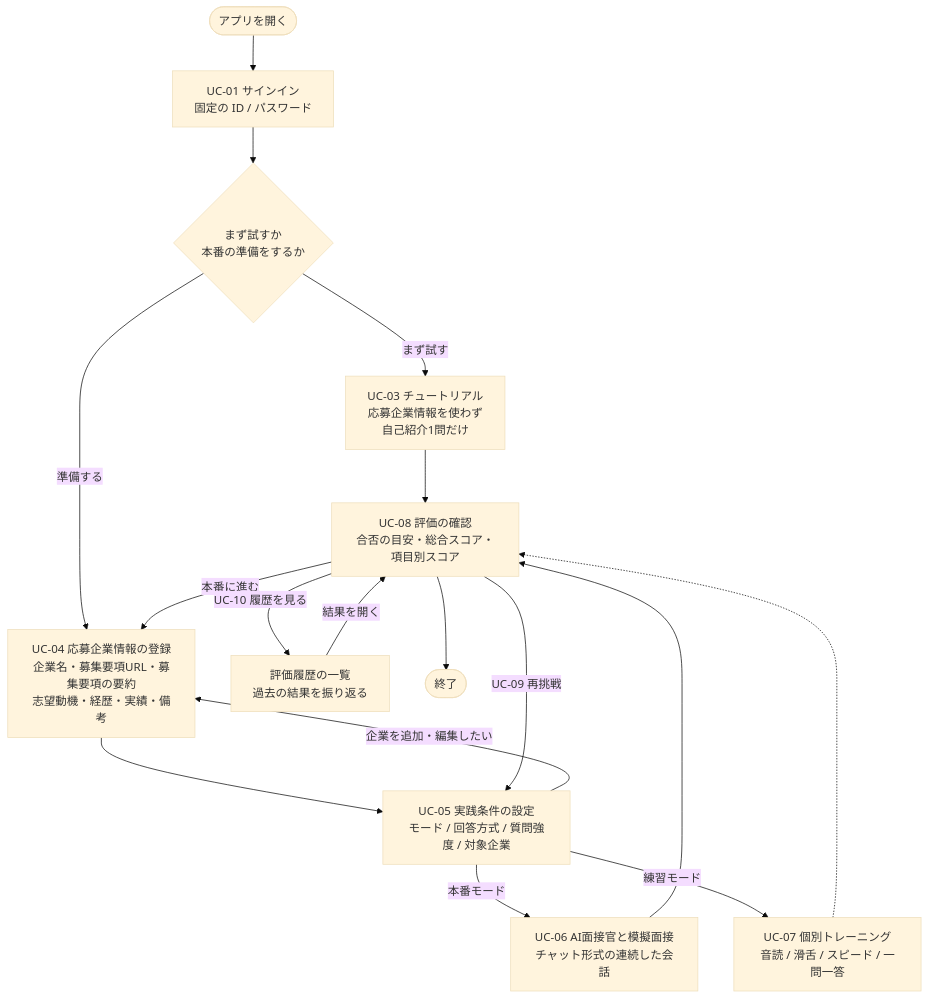
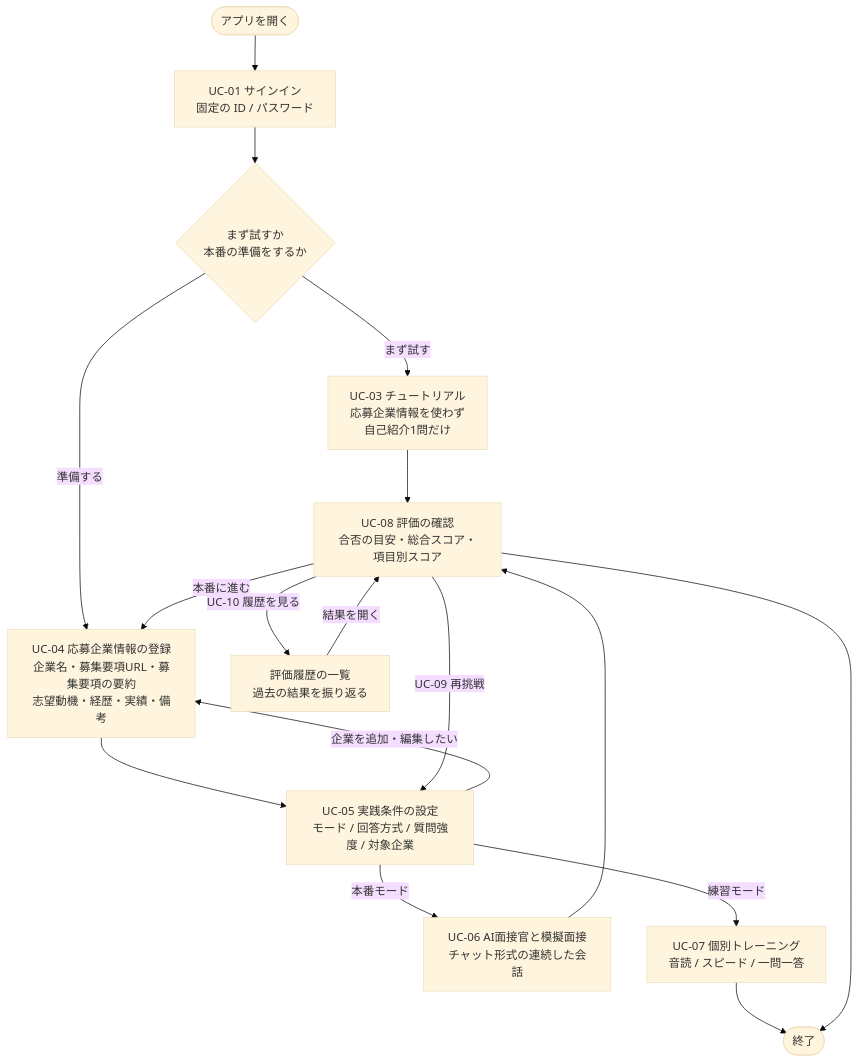
Before and after one commit to study-basic-hackathon/hanasu: the diagram in documents/ユースケース・ユーザーフロー.md, drawn with Mermaid (base theme). The commit also changed other lines of this file and 12 other files, not shown here.

````diff
--- a/documents/ユースケース・ユーザーフロー.md
+++ b/documents/ユースケース・ユーザーフロー.md
@@ -149,25 +149,25 @@
 ```mermaid
 flowchart TD
     open(["アプリを開く"]) --> signin["UC-01 サインイン<br/>固定の ID / パスワード"]
     signin --> choice{"まず試すか<br/>本番の準備をするか"}
 
     choice -->|まず試す| tutorial["UC-03 チュートリアル<br/>応募企業情報を使わず<br/>自己紹介1問だけ"]
     choice -->|準備する| company["UC-04 応募企業情報の登録<br/>企業名・募集要項URL・募集要項の要約<br/>志望動機・経歴・実績・備考"]
 
     tutorial --> result
     company --> setup["UC-05 実践条件の設定<br/>モード / 回答方式 / 質問強度 / 対象企業"]
 
     setup -->|企業を追加・編集したい| company
 
     setup -->|本番モード| honban["UC-06 AI面接官と模擬面接<br/>チャット形式の連続した会話"]
-    setup -->|練習モード| renshu["UC-07 個別トレーニング<br/>音読 / 滑舌 / スピード / 一問一答"]
+    setup -->|練習モード| renshu["UC-07 個別トレーニング<br/>音読 / スピード / 一問一答"]
 
     honban --> result["UC-08 評価の確認<br/>合否の目安・総合スコア・項目別スコア"]
-    renshu -.-> result
+    renshu --> finish
 
     result -->|本番に進む| company
     result -->|UC-09 再挑戦| setup
     result -->|UC-10 履歴を見る| history["評価履歴の一覧<br/>過去の結果を振り返る"]
     history -->|結果を開く| result
     result --> finish(["終了"])
 ```
````
